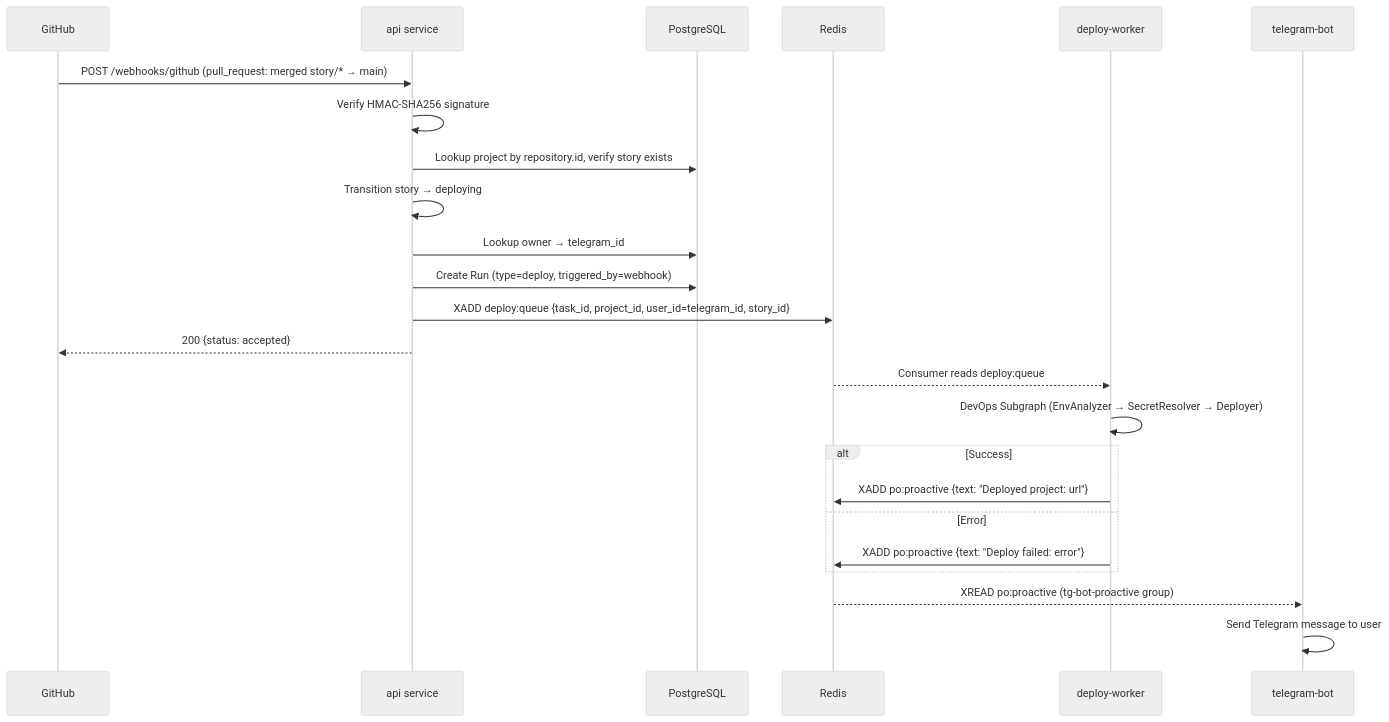
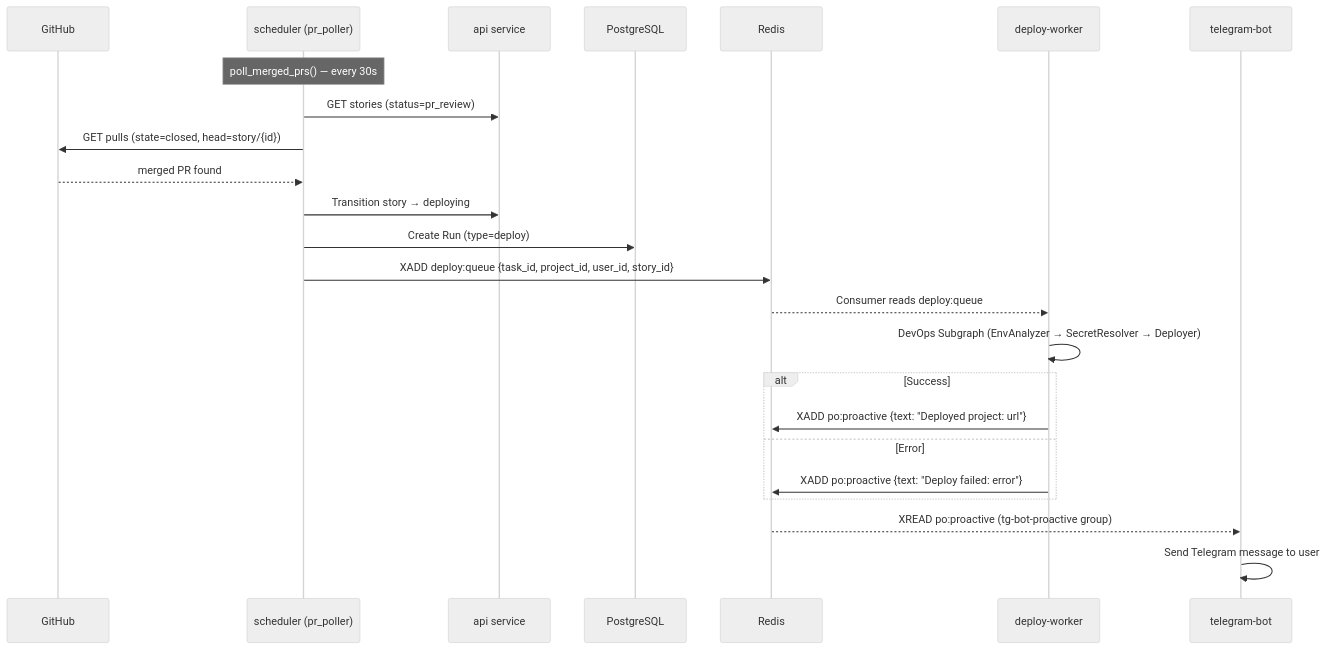
One commit to vladmesh/codegen_orchestrator changed the third of 3 diagrams in docs/CONTRACTS.md. Above: the diagram before and after it, drawn with Mermaid (neutral theme). The commit also changed other lines of this file and 59 other files, not shown here.

````diff
--- a/docs/CONTRACTS.md
+++ b/docs/CONTRACTS.md
@@ -225,27 +225,27 @@
 ```mermaid
 sequenceDiagram
     participant GH as GitHub
+    participant SCH as scheduler (pr_poller)
     participant API as api service
     participant DB as PostgreSQL
     participant Redis
     participant DW as deploy-worker
     participant TG as telegram-bot
 
-    GH->>API: POST /webhooks/github (pull_request: merged story/* → main)
-    API->>API: Verify HMAC-SHA256 signature
-    API->>DB: Lookup project by repository.id, verify story exists
-    API->>API: Transition story → deploying
-    API->>DB: Lookup owner → telegram_id
-    API->>DB: Create Run (type=deploy, triggered_by=webhook)
-    API->>Redis: XADD deploy:queue {task_id, project_id, user_id=telegram_id, story_id}
-    API-->>GH: 200 {status: accepted}
+    Note over SCH: poll_merged_prs() — every 30s
+    SCH->>API: GET stories (status=pr_review)
+    SCH->>GH: GET pulls (state=closed, head=story/{id})
+    GH-->>SCH: merged PR found
+    SCH->>API: Transition story → deploying
+    SCH->>DB: Create Run (type=deploy)
+    SCH->>Redis: XADD deploy:queue {task_id, project_id, user_id, story_id}
     Redis-->>DW: Consumer reads deploy:queue
     DW->>DW: DevOps Subgraph (EnvAnalyzer → SecretResolver → Deployer)
     alt Success
         DW->>Redis: XADD po:proactive {text: "Deployed project: url"}
     else Error
         DW->>Redis: XADD po:proactive {text: "Deploy failed: error"}
     end
     Redis-->>TG: XREAD po:proactive (tg-bot-proactive group)
     TG->>TG: Send Telegram message to user
 ```
````
